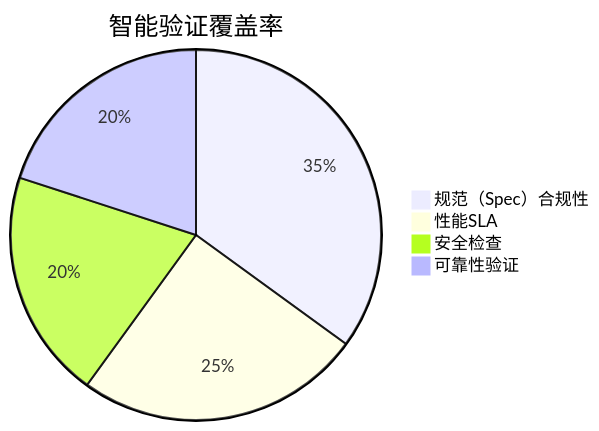
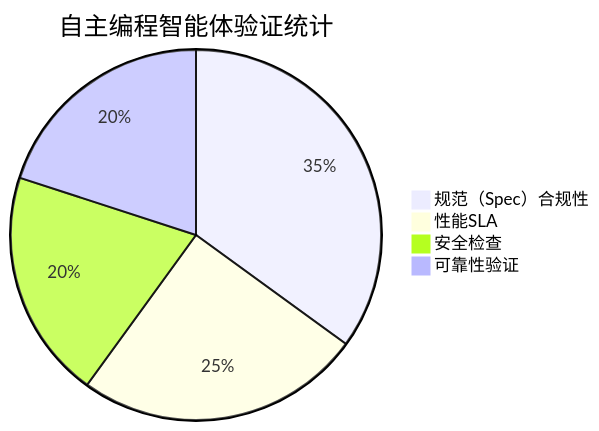
The fourth of 10 diagrams in README.md (ouyangshixiong/context-engineering-zh), drawn with Mermaid before and after one commit. The commit also changed other lines of this file, not shown here.

````diff
--- a/README.md
+++ b/README.md
@@ -252,7 +253,7 @@
 ```mermaid
-pie title 智能验证覆盖率
+pie title 自主编程智能体验证统计
     "规范（Spec）合规性" : 35
     "性能SLA" : 25
     "安全检查" : 20
     "可靠性验证" : 20
 ```
````
